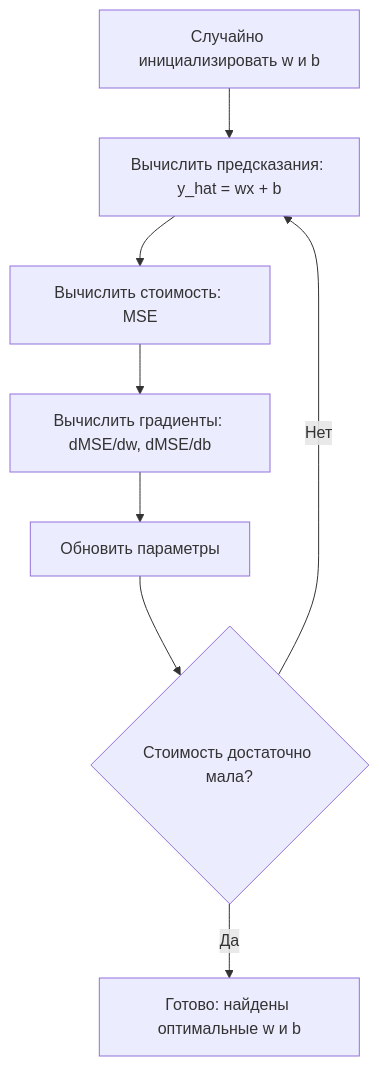
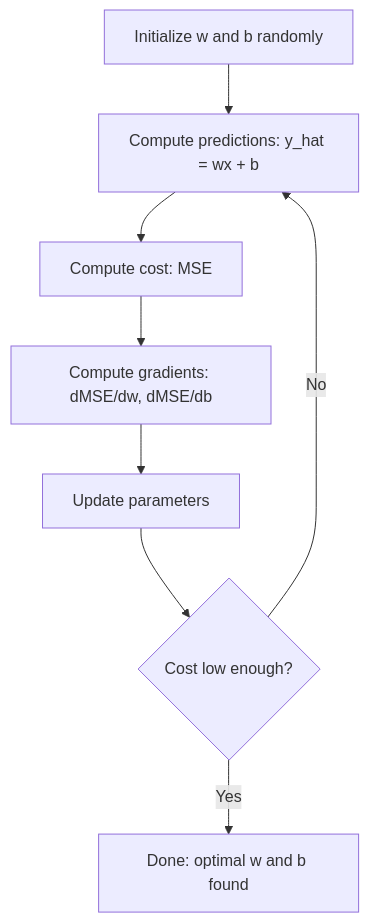
The diagram in phases/02-ml-fundamentals/02-linear-regression/docs/ru.md (stabuev/ai-engineering-from-scratch), drawn with Mermaid before and after one commit. The commit also changed 182 other files, not shown here.

````diff
--- a/phases/02-ml-fundamentals/02-linear-regression/docs/ru.md
+++ b/phases/02-ml-fundamentals/02-linear-regression/docs/ru.md
@@ -64,10 +64,10 @@
 ```mermaid
 flowchart TD
-    A[Случайно инициализировать w и b] --> B[Вычислить предсказания: y_hat = wx + b]
-    B --> C[Вычислить стоимость: MSE]
-    C --> D[Вычислить градиенты: dMSE/dw, dMSE/db]
-    D --> E[Обновить параметры]
-    E --> F{Стоимость достаточно мала?}
-    F -->|Нет| B
-    F -->|Да| G[Готово: найдены оптимальные w и b]
+    A[Initialize w and b randomly] --> B[Compute predictions: y_hat = wx + b]
+    B --> C[Compute cost: MSE]
+    C --> D[Compute gradients: dMSE/dw, dMSE/db]
+    D --> E[Update parameters]
+    E --> F{Cost low enough?}
+    F -->|No| B
+    F -->|Yes| G[Done: optimal w and b found]
 ```
````
